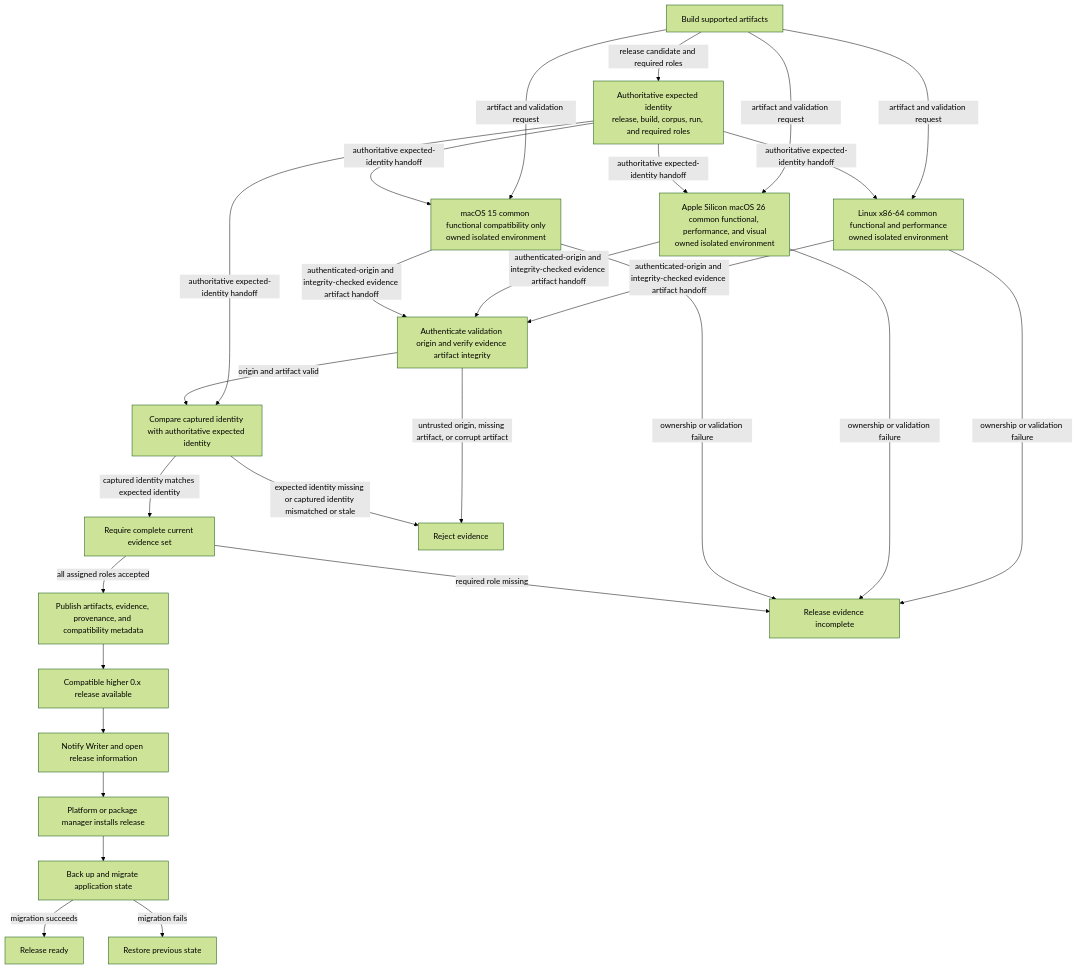
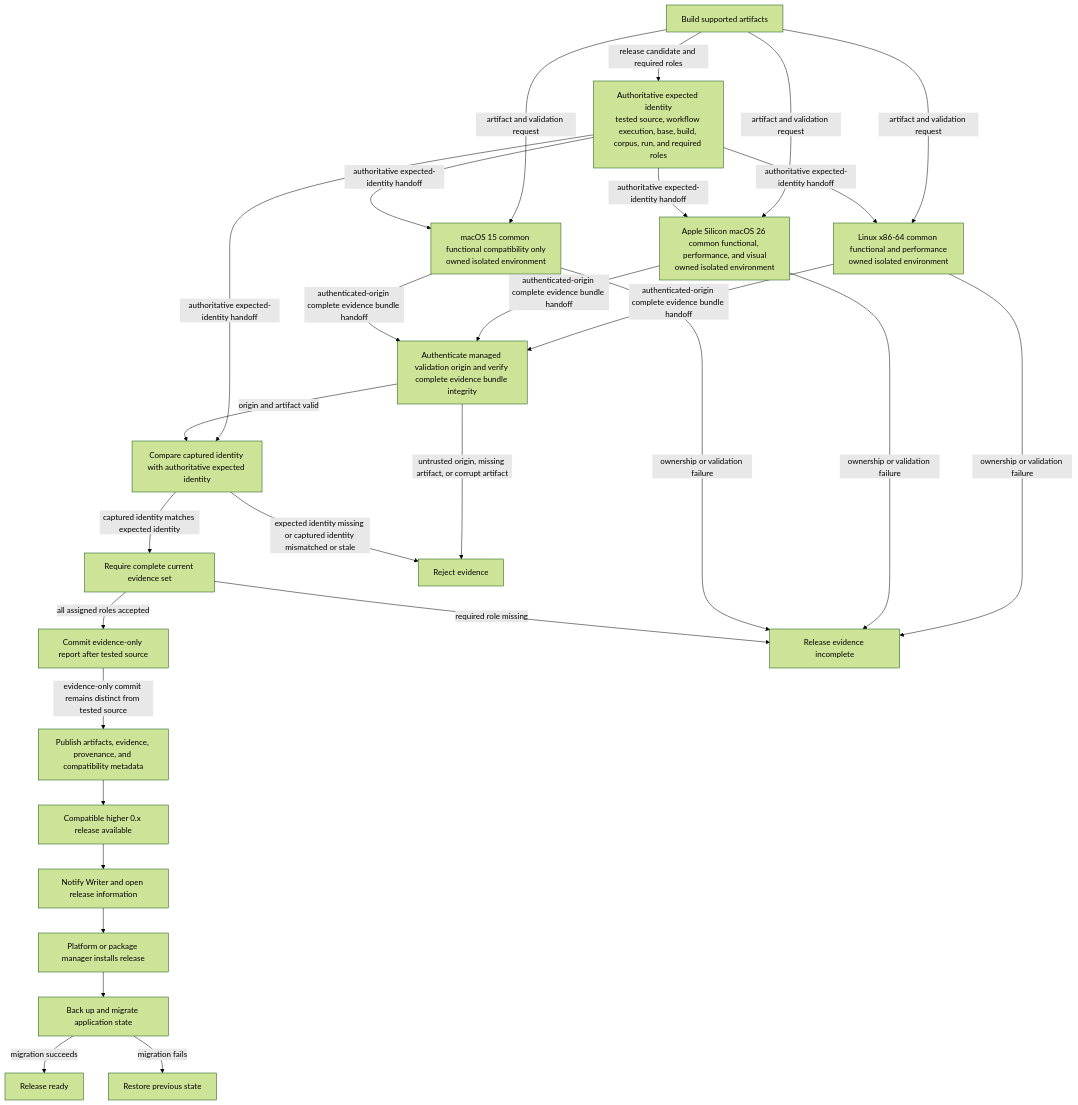
Before and after one commit to SkrOYC/burlmd: the diagram in .constitution/architecture/flows/flow-release.md, drawn with Mermaid (forest theme). The commit also changed other lines of this file and 22 other files, not shown here.

First line of the commit message:
docs(constitution): correct managed evidence review contracts

````diff
--- a/.constitution/architecture/flows/flow-release.md
+++ b/.constitution/architecture/flows/flow-release.md
@@ -5,47 +5,49 @@
 ```mermaid
 flowchart TD
     Build[Build supported artifacts]
-    Expected[Authoritative expected identity\nrelease, build, corpus, run, and required roles]
+    Expected[Authoritative expected identity\ntested source, workflow execution, base, build, corpus, run, and required roles]
     Linux[Linux x86-64 common functional and performance\nowned isolated environment]
     MacReference[Apple Silicon macOS 26 common functional, performance, and visual\nowned isolated environment]
     MacCompatibility[macOS 15 common functional compatibility only\nowned isolated environment]
-    Integrity[Authenticate validation origin and verify evidence artifact integrity]
+    Integrity[Authenticate managed validation origin and verify complete evidence bundle integrity]
     Identity[Compare captured identity with authoritative expected identity]
     Complete[Require complete current evidence set]
+    Report[Commit evidence-only report after tested source]
     Publish[Publish artifacts, evidence, provenance, and compatibility metadata]
     Available[Compatible higher 0.x release available]
     Notify[Notify Writer and open release information]
     PlatformInstall[Platform or package manager installs release]
     Migrating[Back up and migrate application state]
     Ready[Release ready]
     PreviousState[Restore previous state]
     Failed[Release evidence incomplete]
     Rejected[Reject evidence]
 
     Build -->|release candidate and required roles| Expected
     Build -->|artifact and validation request| Linux
     Build -->|artifact and validation request| MacReference
     Build -->|artifact and validation request| MacCompatibility
     Expected -->|authoritative expected-identity handoff| Linux
     Expected -->|authoritative expected-identity handoff| MacReference
     Expected -->|authoritative expected-identity handoff| MacCompatibility
     Expected -->|authoritative expected-identity handoff| Identity
-    Linux -->|authenticated-origin and integrity-checked evidence artifact handoff| Integrity
-    MacReference -->|authenticated-origin and integrity-checked evidence artifact handoff| Integrity
-    MacCompatibility -->|authenticated-origin and integrity-checked evidence artifact handoff| Integrity
+    Linux -->|authenticated-origin complete evidence bundle handoff| Integrity
+    MacReference -->|authenticated-origin complete evidence bundle handoff| Integrity
+    MacCompatibility -->|authenticated-origin complete evidence bundle handoff| Integrity
     Linux -->|ownership or validation failure| Failed
     MacReference -->|ownership or validation failure| Failed
     MacCompatibility -->|ownership or validation failure| Failed
     Integrity -->|origin and artifact valid| Identity
     Integrity -->|untrusted origin, missing artifact, or corrupt artifact| Rejected
     Identity -->|captured identity matches expected identity| Complete
     Identity -->|expected identity missing or captured identity mismatched or stale| Rejected
-    Complete -->|all assigned roles accepted| Publish
+    Complete -->|all assigned roles accepted| Report
     Complete -->|required role missing| Failed
+    Report -->|evidence-only commit remains distinct from tested source| Publish
     Publish --> Available
     Available --> Notify
     Notify --> PlatformInstall
     PlatformInstall --> Migrating
     Migrating -->|migration succeeds| Ready
     Migrating -->|migration fails| PreviousState
 ```
````
